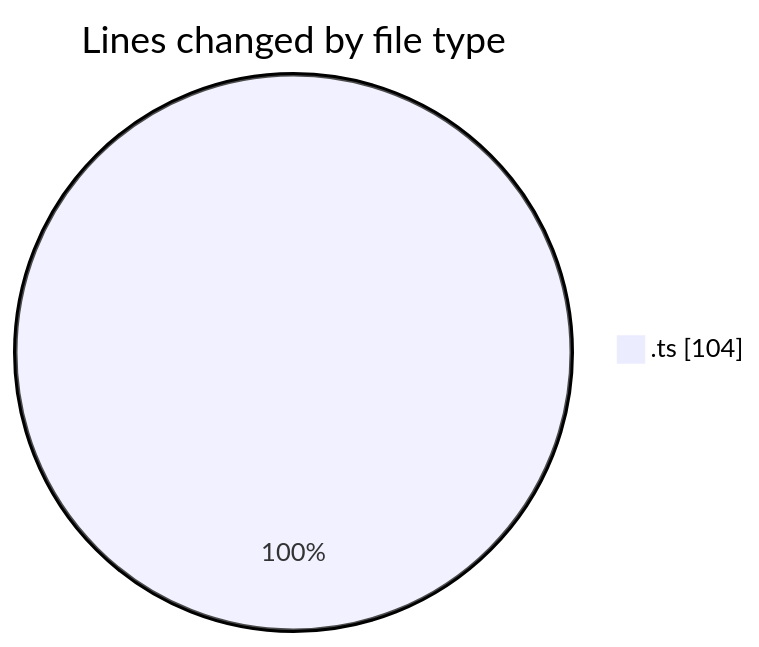
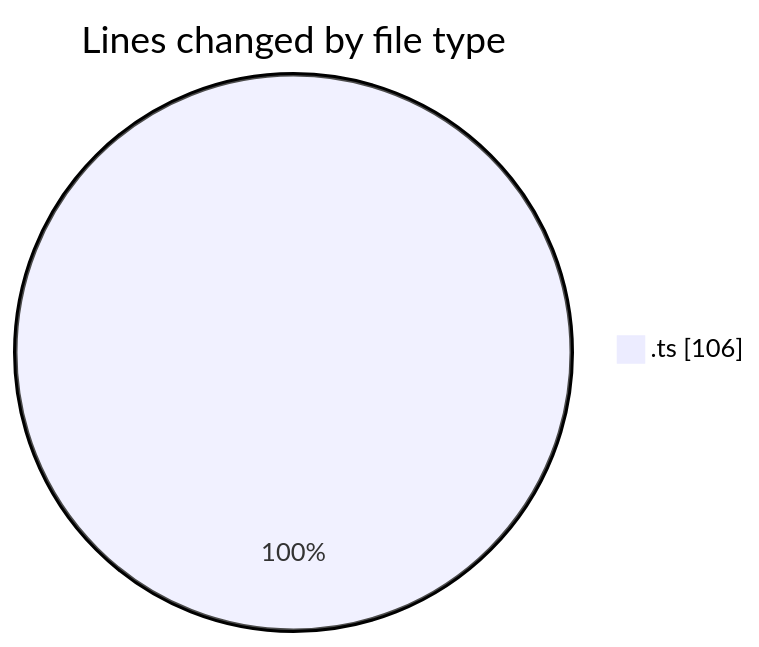
Before and after one commit to donsfak/code-tracking: the first of 2 diagrams in 2025-02-09/maps_clone/README.md, drawn with Mermaid. The commit also changed other lines of this file and 1 other file, not shown here.

````diff
--- a/2025-02-09/maps_clone/README.md
+++ b/2025-02-09/maps_clone/README.md
@@ -20,5 +20,5 @@
 ```mermaid
 pie showData
 title Lines changed by file type
-".ts" : 104
+".ts" : 106
 ```
````
